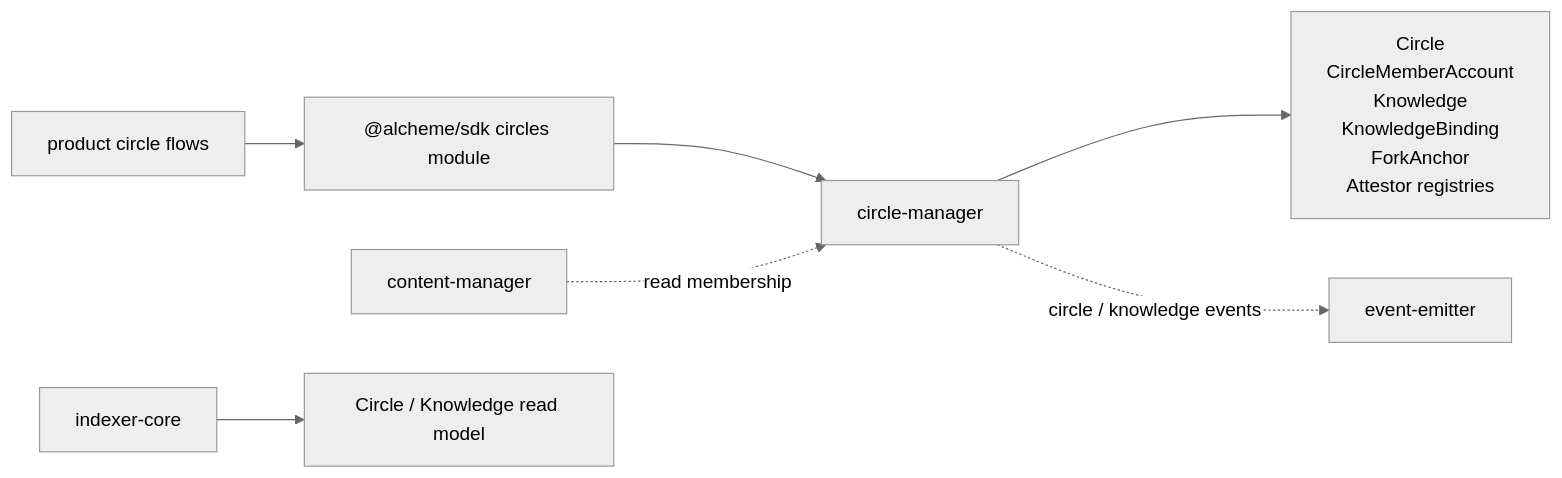
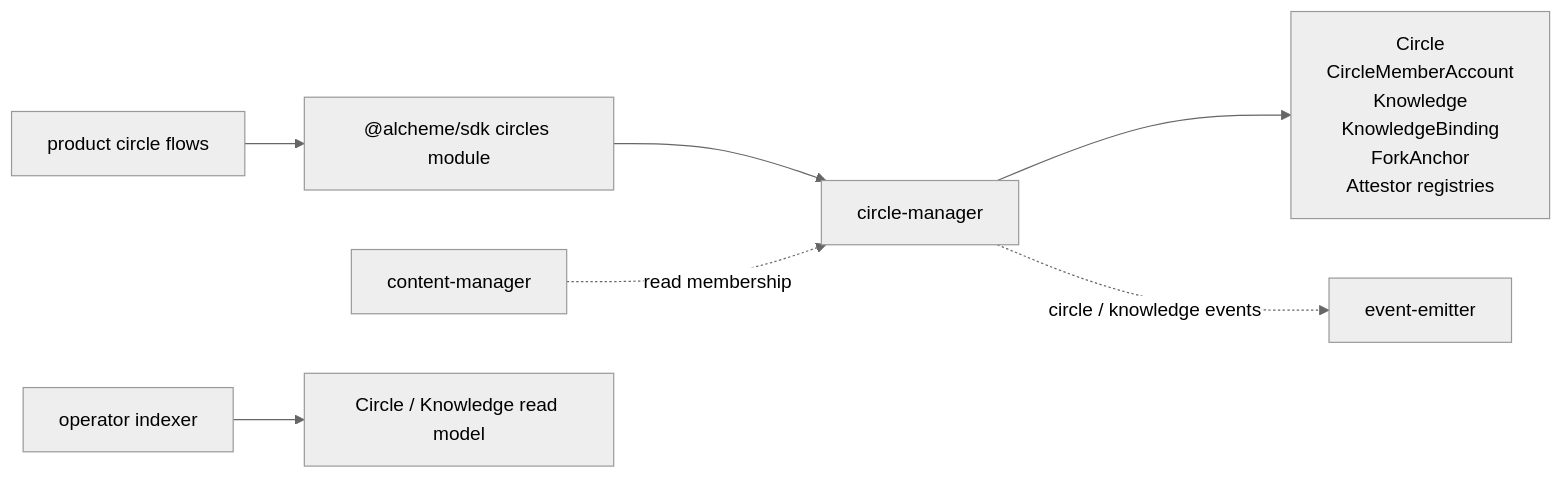
Before and after one commit to alcheme-labs/alcheme-protocol: the first of 2 diagrams in programs/circle-manager/README.md, drawn with Mermaid (neutral theme). The commit also changed other lines of this file and 11 other files, not shown here.

````diff
--- a/programs/circle-manager/README.md
+++ b/programs/circle-manager/README.md
@@ -9,9 +9,9 @@
 ```mermaid
 flowchart LR
     sdk["@alcheme/sdk circles module"] --> program["circle-manager"]
     product["product circle flows"] --> sdk
     program --> accounts["Circle\nCircleMemberAccount\nKnowledge\nKnowledgeBinding\nForkAnchor\nAttestor registries"]
     program -. "circle / knowledge events" .-> event["event-emitter"]
     content["content-manager"] -. "read membership" .-> program
-    indexer["indexer-core"] --> readmodel["Circle / Knowledge read model"]
+    indexer["operator indexer"] --> readmodel["Circle / Knowledge read model"]
 ```
````
